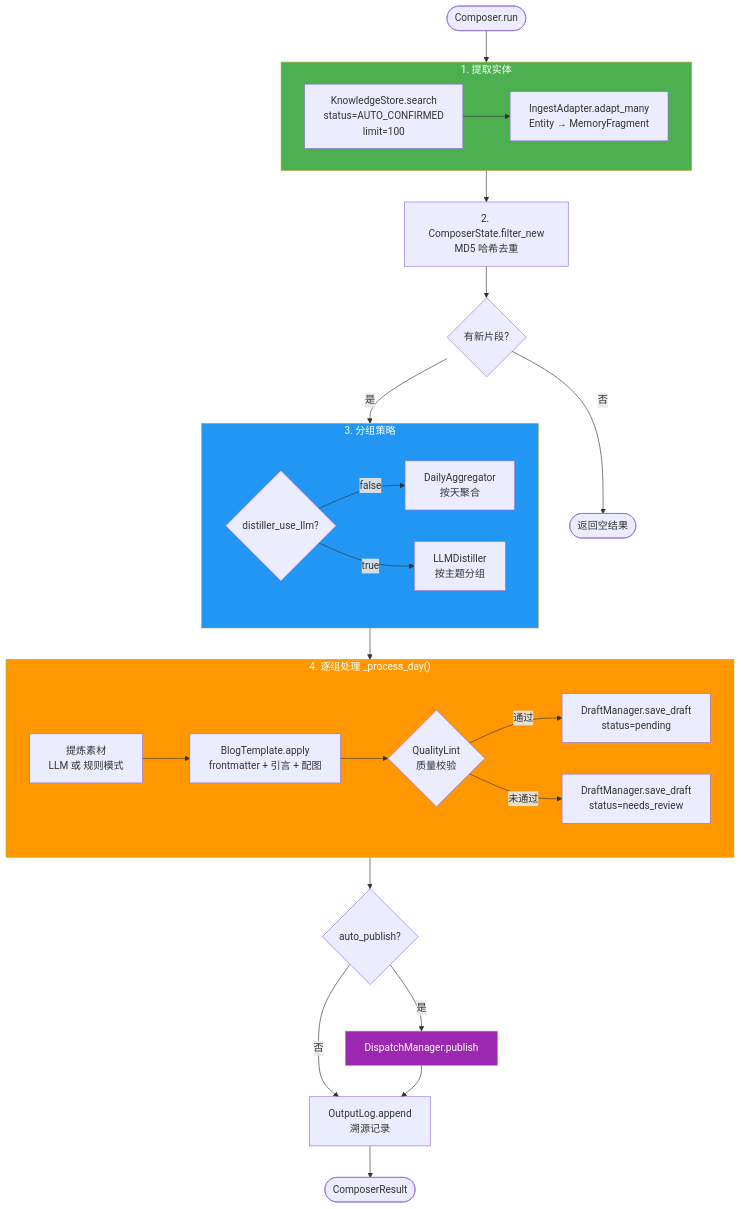
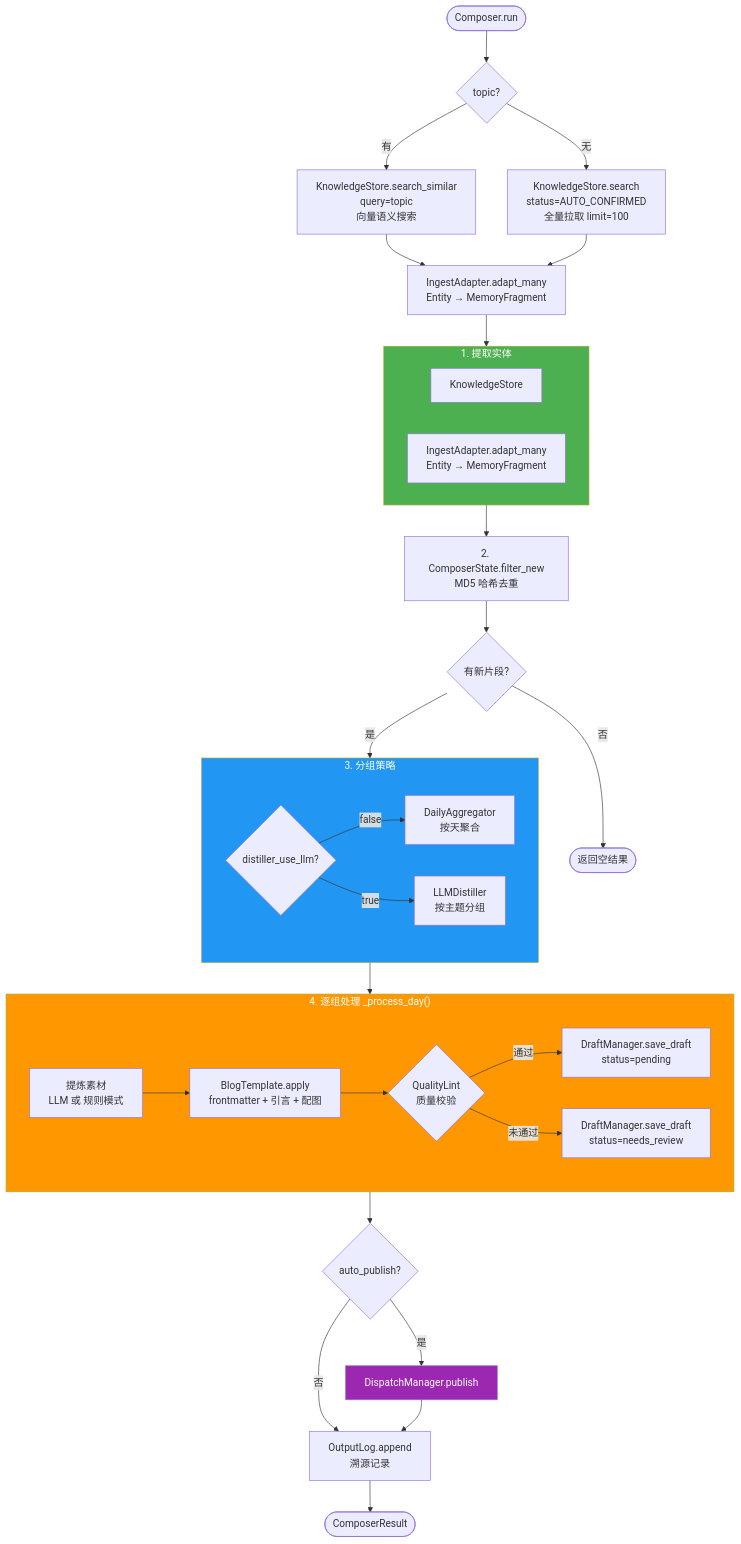
One commit to xinovate/linglong-knowledge changed the first of 3 diagrams in docs/composer/design/01-pipeline.md. Above: the diagram before and after it, drawn with Mermaid. The commit also changed other lines of this file and 4 other files, not shown here.

First line of the commit message:
feat(composer): 语义查询模式 — 按 topic 从知识库检索实体生成文章

````diff
--- a/docs/composer/design/01-pipeline.md
+++ b/docs/composer/design/01-pipeline.md
@@ -15,45 +15,52 @@
 ```mermaid
 flowchart TD
-    START([Composer.run]) --> EXTRACT
+    START([Composer.run]) --> TOPIC{topic?}
+
+    TOPIC -->|有| SEMANTIC["KnowledgeStore.search_similar<br/>query=topic<br/>向量语义搜索"]
+    TOPIC -->|无| FULL["KnowledgeStore.search<br/>status=AUTO_CONFIRMED<br/>全量拉取 limit=100"]
+
+    SEMANTIC --> ADAPT["IngestAdapter.adapt_many<br/>Entity → MemoryFragment"]
+    FULL --> ADAPT
+
+    ADAPT --> EXTRACT
 
     subgraph EXTRACT["1. 提取实体"]
-        E1["KnowledgeStore.search<br/>status=AUTO_CONFIRMED<br/>limit=100"]
+        E1["KnowledgeStore"]
         E2["IngestAdapter.adapt_many<br/>Entity → MemoryFragment"]
-        E1 --> E2
     end
 
     EXTRACT --> DEDUP["2. ComposerState.filter_new<br/>MD5 哈希去重"]
     DEDUP --> CHECK_EMPTY{有新片段?}
     CHECK_EMPTY -->|否| EMPTY([返回空结果])
     CHECK_EMPTY -->|是| GROUP
 
     subgraph GROUP["3. 分组策略"]
         G1{distiller_use_llm?}
         G1 -->|false| G2["DailyAggregator<br/>按天聚合"]
         G1 -->|true| G3["LLMDistiller<br/>按主题分组"]
     end
 
     GROUP --> PROCESS
 
     subgraph PROCESS["4. 逐组处理 _process_day()"]
         P1["提炼素材<br/>LLM 或 规则模式"]
         P2["BlogTemplate.apply<br/>frontmatter + 引言 + 配图"]
         P3{"QualityLint<br/>质量校验"}
         P3 -->|通过| P4["DraftManager.save_draft<br/>status=pending"]
         P3 -->|未通过| P5["DraftManager.save_draft<br/>status=needs_review"]
 
         P1 --> P2 --> P3
     end
 
     PROCESS --> PUBLISH{auto_publish?}
     PUBLISH -->|是| DISPATCH["DispatchManager.publish"]
     PUBLISH -->|否| LOG
 
     DISPATCH --> LOG["OutputLog.append<br/>溯源记录"]
     LOG --> RESULT([ComposerResult])
 
     style EXTRACT fill:#4CAF50,color:#fff
     style GROUP fill:#2196F3,color:#fff
     style PROCESS fill:#FF9800,color:#fff
     style DISPATCH fill:#9C27B0,color:#fff
 ```
````
